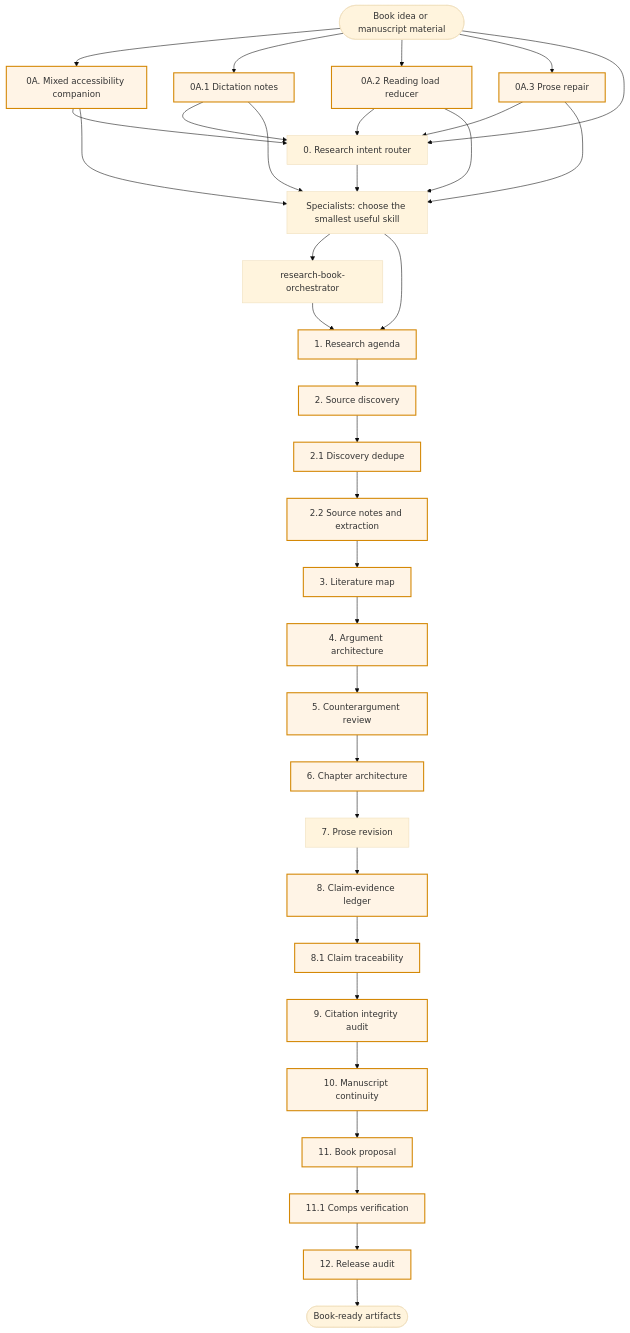
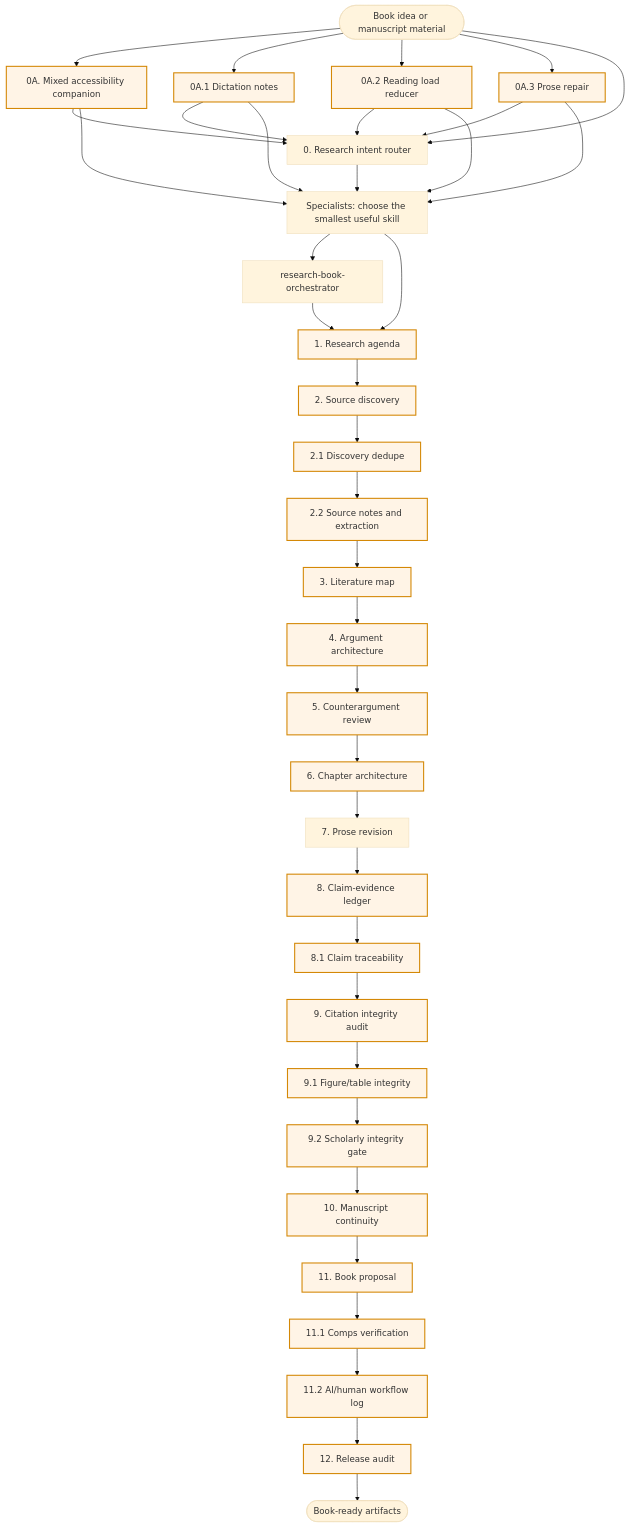
One commit to CoveMB/research-skills-plugin changed the first of 2 diagrams in docs/ARCHITECTURE.md. Above: the diagram before and after it, drawn with Mermaid (base theme). The commit also changed other lines of this file and 48 other files, not shown here.

````diff
--- a/docs/ARCHITECTURE.md
+++ b/docs/ARCHITECTURE.md
@@ -16,65 +16,71 @@
 ```mermaid
 flowchart TD
     Start([Book idea or manuscript material])
     Access[0A. Mixed accessibility companion]
     Dictation[0A.1 Dictation notes]
     Reading[0A.2 Reading load reducer]
     Repair[0A.3 Prose repair]
     Router[0. Research intent router]
     Specialists[Specialists: choose the smallest useful skill]
     Orchestrator[research-book-orchestrator]
     Agenda[1. Research agenda]
     Discovery[2. Source discovery]
     Dedupe[2.1 Discovery dedupe]
     Notes[2.2 Source notes and extraction]
     Literature[3. Literature map]
     Argument[4. Argument architecture]
     Review[5. Counterargument review]
     Chapter[6. Chapter architecture]
     Draft[7. Prose revision]
     Evidence[8. Claim-evidence ledger]
     Trace[8.1 Claim traceability]
     Citation[9. Citation integrity audit]
+    Figure[9.1 Figure/table integrity]
+    Integrity[9.2 Scholarly integrity gate]
     Continuity[10. Manuscript continuity]
     Proposal[11. Book proposal]
     Comps[11.1 Comps verification]
+    Workflow[11.2 AI/human workflow log]
     Release[12. Release audit]
     End([Book-ready artifacts])
 
     Start --> Access
     Start --> Dictation
     Start --> Reading
     Start --> Repair
     Start --> Router
     Dictation --> Router
     Reading --> Router
     Repair --> Router
     Dictation --> Specialists
     Reading --> Specialists
     Repair --> Specialists
     Access --> Router
     Access --> Specialists
     Router --> Specialists
     Specialists --> Orchestrator
     Specialists --> Agenda
     Orchestrator --> Agenda
     Agenda --> Discovery
     Discovery --> Dedupe
     Dedupe --> Notes
     Notes --> Literature
     Literature --> Argument
     Argument --> Review
     Review --> Chapter
     Chapter --> Draft
     Draft --> Evidence
     Evidence --> Trace
     Trace --> Citation
-    Citation --> Continuity
+    Citation --> Figure
+    Figure --> Integrity
+    Integrity --> Continuity
     Continuity --> Proposal
     Proposal --> Comps
-    Comps --> Release
+    Comps --> Workflow
+    Workflow --> Release
     Release --> End
 
     classDef gate fill:#fff4e6,stroke:#d48806,stroke-width:2px
-    class Access,Dictation,Reading,Repair,Agenda,Discovery,Dedupe,Notes,Literature,Argument,Review,Chapter,Evidence,Trace,Citation,Continuity,Proposal,Comps,Release gate
+    class Access,Dictation,Reading,Repair,Agenda,Discovery,Dedupe,Notes,Literature,Argument,Review,Chapter,Evidence,Trace,Citation,Figure,Integrity,Continuity,Proposal,Comps,Workflow,Release gate
 ```
````
